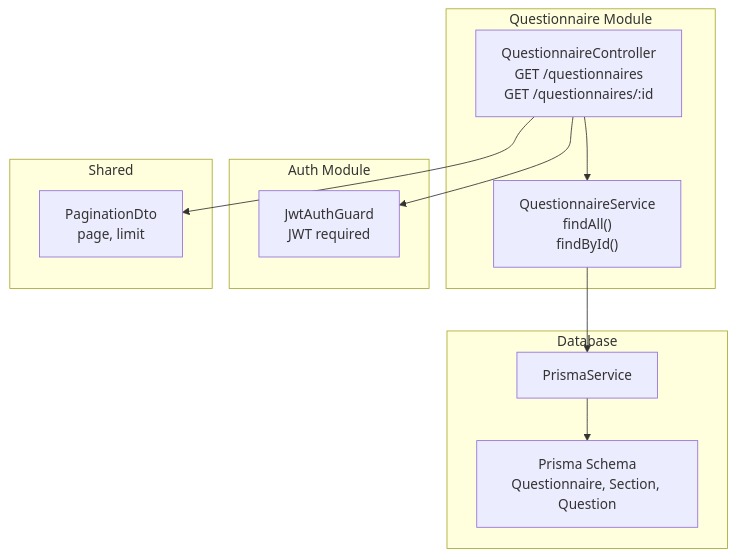
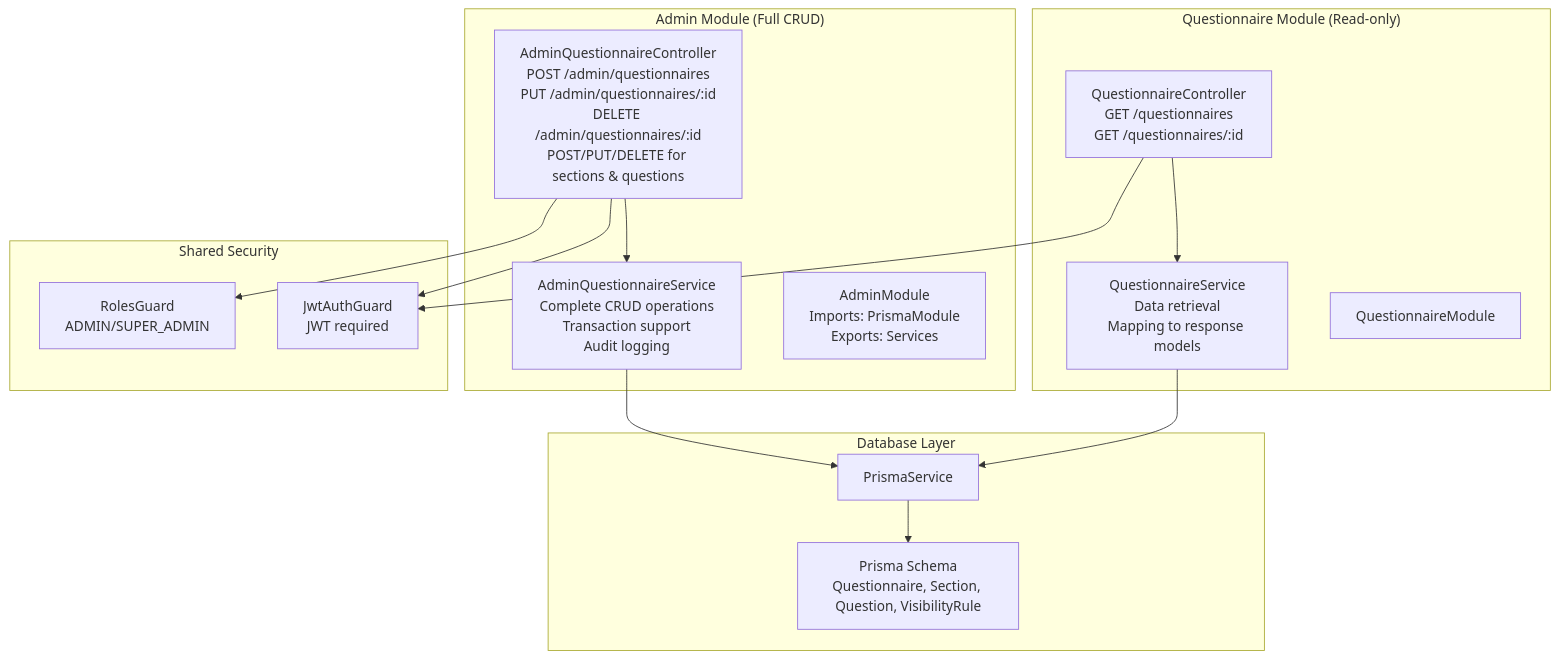
Before and after one commit to Avi-Bendetsky/Quiz-to-build: the first of 4 diagrams in .qoder/repowiki/en/content/API Reference/Questionnaire Endpoints.md, drawn with Mermaid. The commit also changed other lines of this file and 41 other files, not shown here.

````diff
--- a/.qoder/repowiki/en/content/API Reference/Questionnaire Endpoints.md
+++ b/.qoder/repowiki/en/content/API Reference/Questionnaire Endpoints.md
@@ -39,22 +63,29 @@
 ```mermaid
 graph TB
-subgraph "Questionnaire Module"
+subgraph "Admin Module (Full CRUD)"
+AQC["AdminQuestionnaireController<br/>POST /admin/questionnaires<br/>PUT /admin/questionnaires/:id<br/>DELETE /admin/questionnaires/:id<br/>POST/PUT/DELETE for sections & questions"]
+AQS["AdminQuestionnaireService<br/>Complete CRUD operations<br/>Transaction support<br/>Audit logging"]
+AQM["AdminModule<br/>Imports: PrismaModule<br/>Exports: Services"]
+end
+subgraph "Questionnaire Module (Read-only)"
 QC["QuestionnaireController<br/>GET /questionnaires<br/>GET /questionnaires/:id"]
-QS["QuestionnaireService<br/>findAll()<br/>findById()"]
+QS["QuestionnaireService<br/>Data retrieval<br/>Mapping to response models"]
+QPM["QuestionnaireModule"]
 end
-subgraph "Auth Module"
+subgraph "Shared Security"
 JAG["JwtAuthGuard<br/>JWT required"]
+RG["RolesGuard<br/>ADMIN/SUPER_ADMIN"]
 end
-subgraph "Shared"
-PD["PaginationDto<br/>page, limit"]
+subgraph "Database Layer"
+PRISMA["PrismaService"]
+SCHEMA["Prisma Schema<br/>Questionnaire, Section, Question, VisibilityRule"]
 end
-subgraph "Database"
-PRISMA["PrismaService"]
-SCHEMA["Prisma Schema<br/>Questionnaire, Section, Question"]
-end
+AQC --> AQS
 QC --> QS
+AQC --> JAG
 QC --> JAG
+AQC --> RG
 QS --> PRISMA
+AQS --> PRISMA
 PRISMA --> SCHEMA
-QC --> PD
 ```
````
